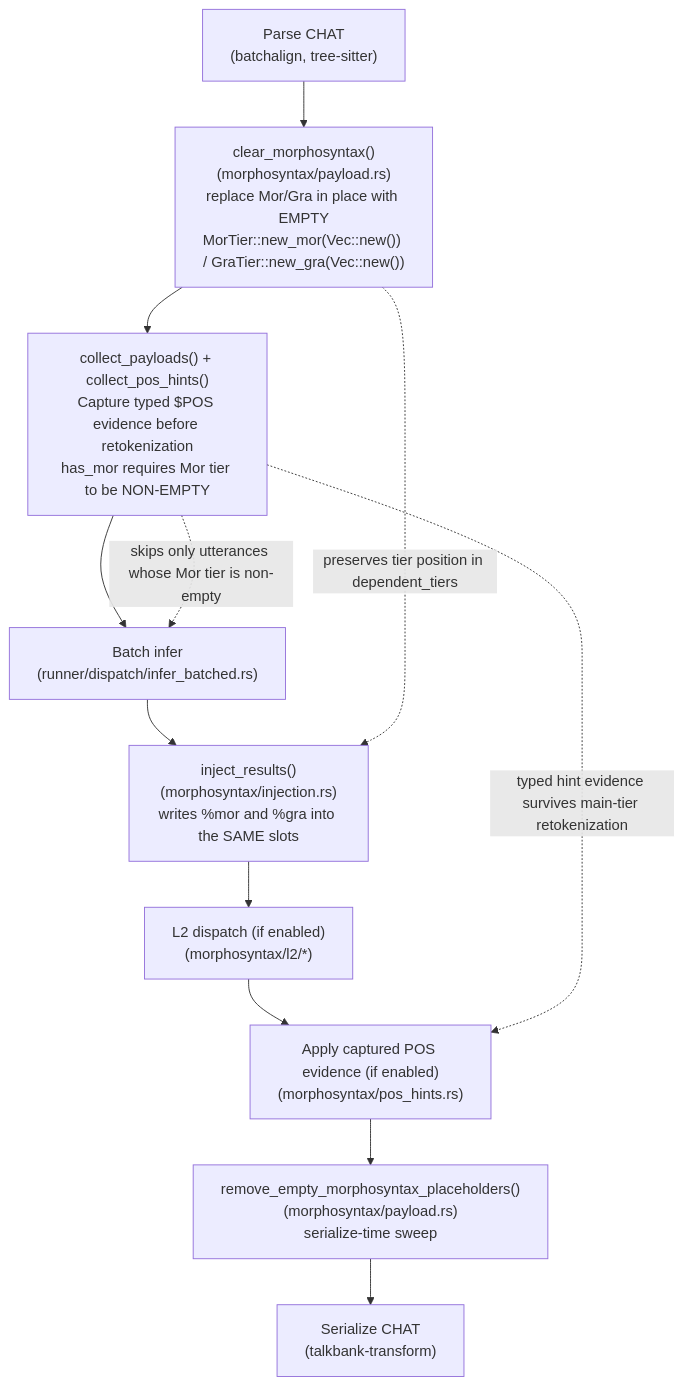
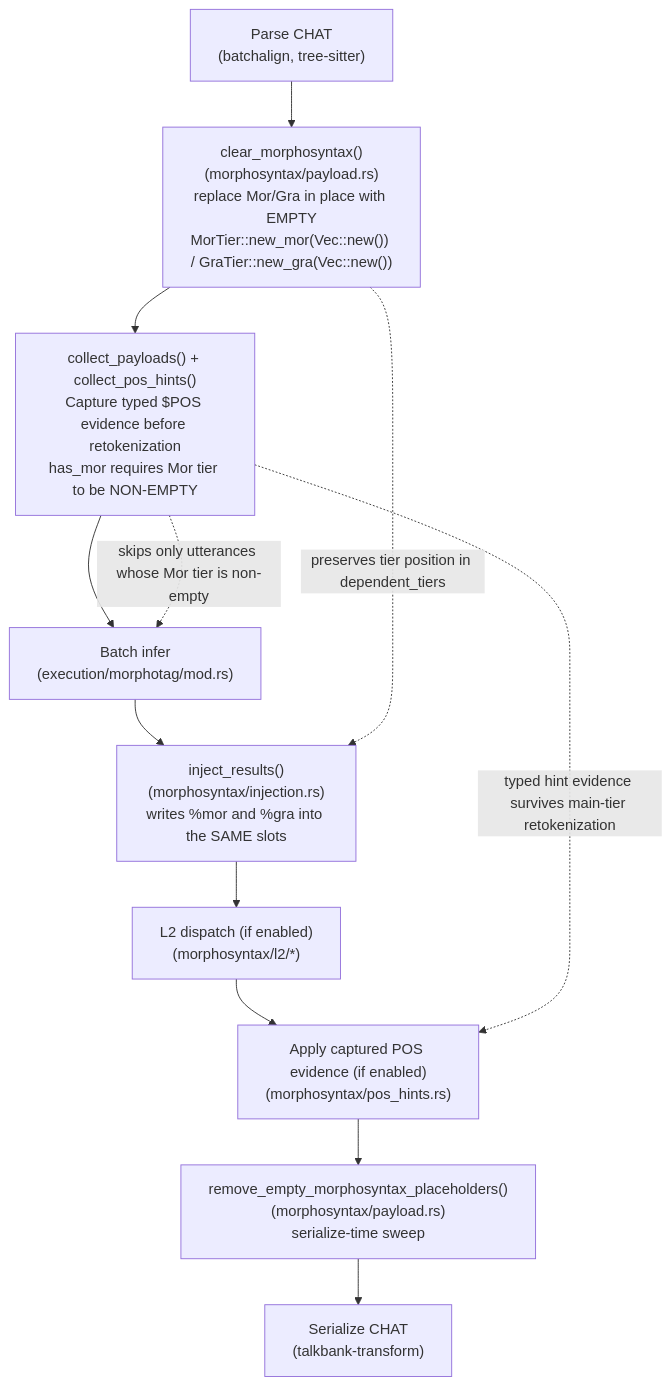
Before and after one commit to FranklinChen/talkbank-tools: the second of 3 diagrams in book/src/batchalign/developer/commands/morphotag.md, drawn with Mermaid. The commit also changed other lines of this file and 381 other files, not shown here.

````diff
--- a/book/src/batchalign/developer/commands/morphotag.md
+++ b/book/src/batchalign/developer/commands/morphotag.md
@@ -198,18 +169,18 @@
 ```mermaid
 flowchart TD
     parse["Parse CHAT\n(batchalign, tree-sitter)"]
     clear["clear_morphosyntax()\n(morphosyntax/payload.rs)\nreplace Mor/Gra in place with EMPTY\nMorTier::new_mor(Vec::new()) / GraTier::new_gra(Vec::new())"]
     collect["collect_payloads() + collect_pos_hints()\nCapture typed $POS evidence before retokenization\nhas_mor requires Mor tier to be NON-EMPTY"]
-    infer["Batch infer\n(runner/dispatch/infer_batched.rs)"]
+    infer["Batch infer\n(execution/morphotag/mod.rs)"]
     inject["inject_results()\n(morphosyntax/injection.rs)\nwrites %mor and %gra into the SAME slots"]
     l2["L2 dispatch (if enabled)\n(morphosyntax/l2/*)"]
     poshints["Apply captured POS evidence (if enabled)\n(morphosyntax/pos_hints.rs)"]
     sweep["remove_empty_morphosyntax_placeholders()\n(morphosyntax/payload.rs)\nserialize-time sweep"]
     serialize["Serialize CHAT\n(talkbank-transform)"]
 
     parse --> clear --> collect --> infer --> inject --> l2 --> poshints --> sweep --> serialize
 
     clear -. "preserves tier position in dependent_tiers" .-> inject
     collect -. "skips only utterances whose Mor tier is non-empty" .-> infer
     collect -. "typed hint evidence survives main-tier retokenization" .-> poshints
 ```
````
